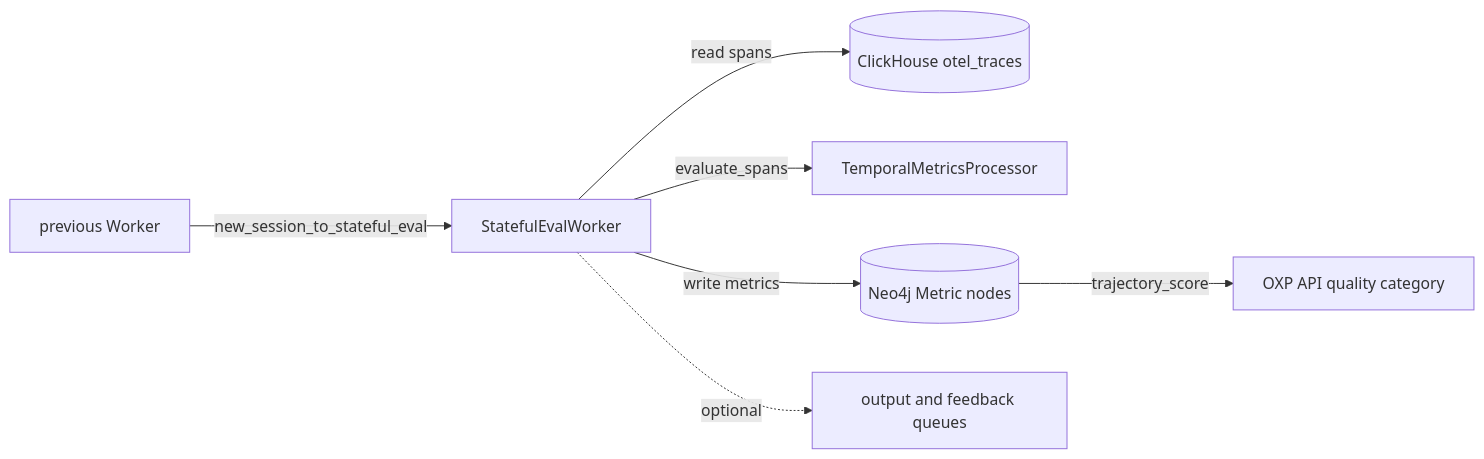
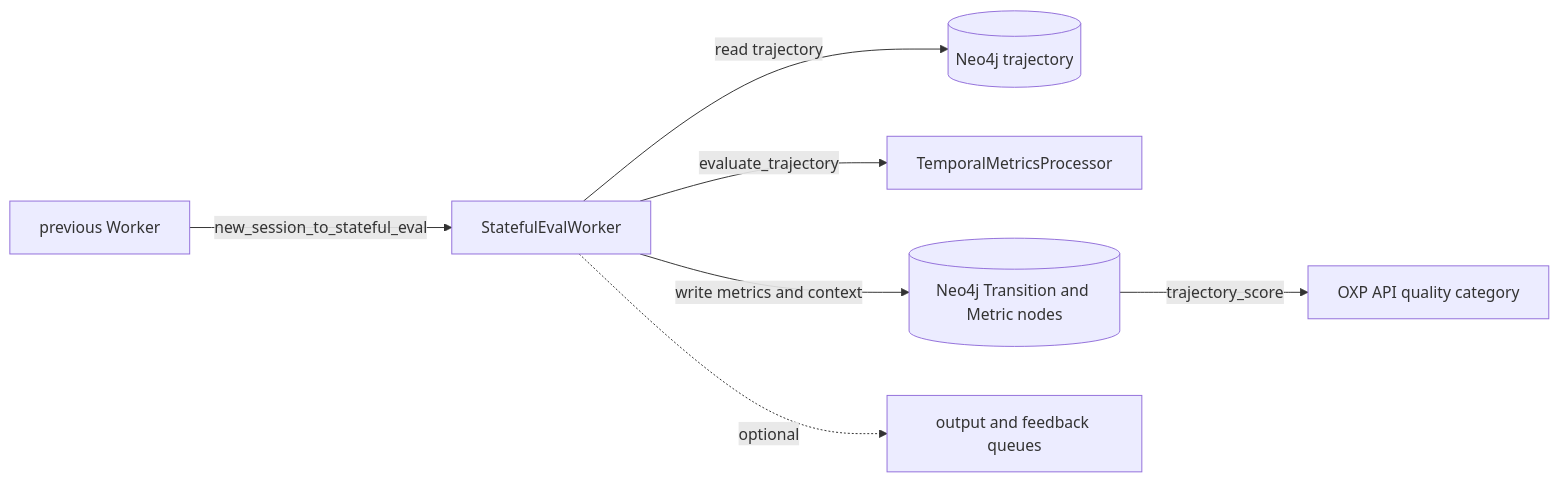
Before and after one commit to outshift-open/observe-and-explain-platform: the diagram in backend/workers/stateful-eval-worker/README.md, drawn with Mermaid. The commit also changed other lines of this file and 31 other files, not shown here.

Commit message:
feat(backend): persits trajectory context in KG

````diff
--- a/backend/workers/stateful-eval-worker/README.md
+++ b/backend/workers/stateful-eval-worker/README.md
@@ -15,9 +17,9 @@
 ```mermaid
 flowchart LR
     A[previous Worker] -->|new_session_to_stateful_eval| B[StatefulEvalWorker]
-    B -->|read spans| C[(ClickHouse otel_traces)]
-    B -->|evaluate_spans| D[TemporalMetricsProcessor]
-    B -->|write metrics| E[(Neo4j Metric nodes)]
+    B -->|read trajectory| C[(Neo4j trajectory)]
+    B -->|evaluate_trajectory| D[TemporalMetricsProcessor]
+    B -->|write metrics and context| E[(Neo4j Transition and Metric nodes)]
     E -->|trajectory_score| F[OXP API quality category]
     B -.->|optional| G[output and feedback queues]
 ```
````
